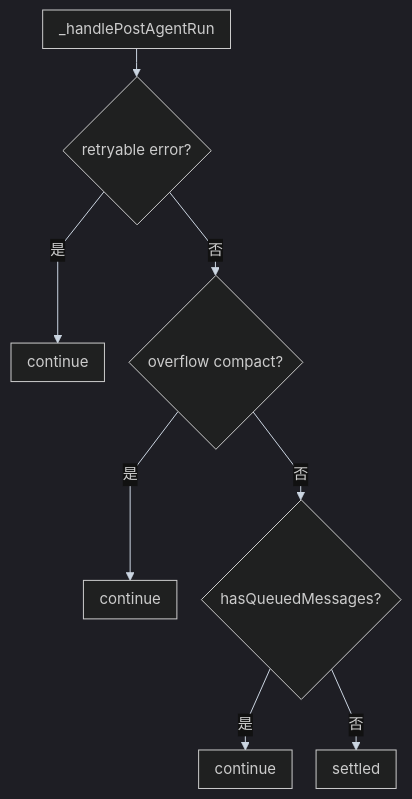
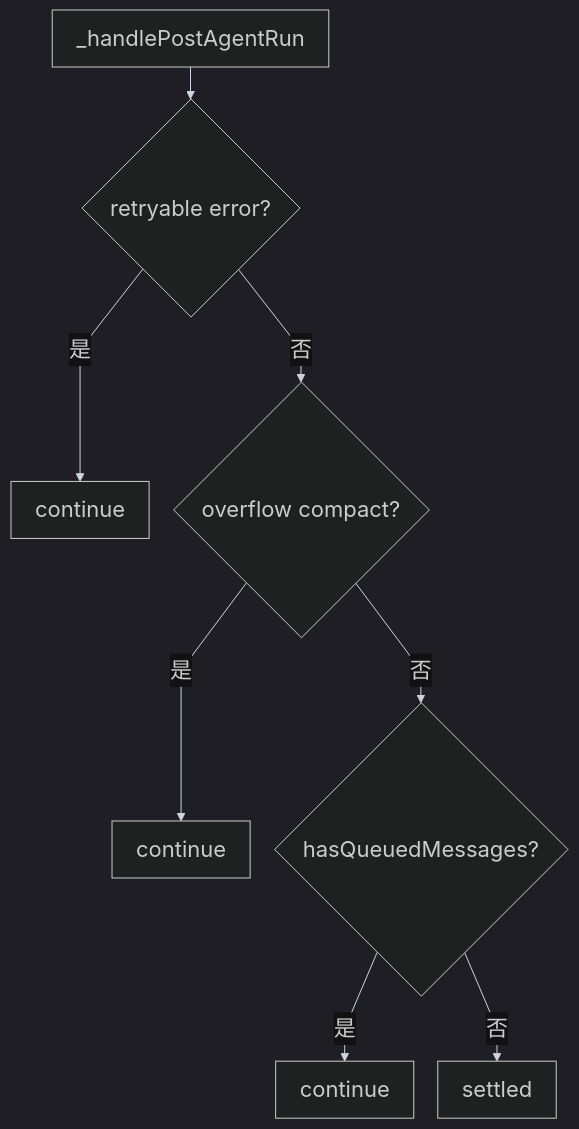
One commit to juliepy/AI-Engineer-from-scrach changed the second of 3 diagrams in .cursor/skills/draw_skill/mermaid_better.md. Above: the diagram before and after it, drawn with Mermaid. The commit also changed other lines of this file and 2 other files, not shown here.

First line of the commit message:
Rewrite Pi events notes around emit/subscribe and update mermaid drawing rules.

````diff
--- a/.cursor/skills/draw_skill/mermaid_better.md
+++ b/.cursor/skills/draw_skill/mermaid_better.md
@@ -84,11 +109,11 @@
 ```mermaid
-%%{init: {"theme": "dark", "flowchart": {"curve": "linear", "rankSpacing": 28, "nodeSpacing": 24, "padding": 8}, "themeVariables": {"fontSize": "15px", "background": "#000000", "lineColor": "#CBD5E1", "edgeLabelBackground": "#111111"}}}%%
+%%{init: {"theme": "dark", "flowchart": {"curve": "linear", "rankSpacing": 32, "nodeSpacing": 24, "padding": 12, "useMaxWidth": false, "htmlLabels": true}, "themeVariables": {"fontSize": "22px", "background": "#000000", "lineColor": "#CBD5E1", "edgeLabelBackground": "#111111"}, "themeCSS": ".nodeLabel,.label,span{font-size:22px!important}"}}%%
 flowchart TB
     POST["_handlePostAgentRun"] --> R{"retryable error?"}
     R -->|是| C1["continue"]
     R -->|否| CMP{"overflow compact?"}
     CMP -->|是| C2["continue"]
     CMP -->|否| Q{"hasQueuedMessages?"}
     Q -->|是| C3["continue"]
     Q -->|否| IDLE["settled"]
 ```
````
